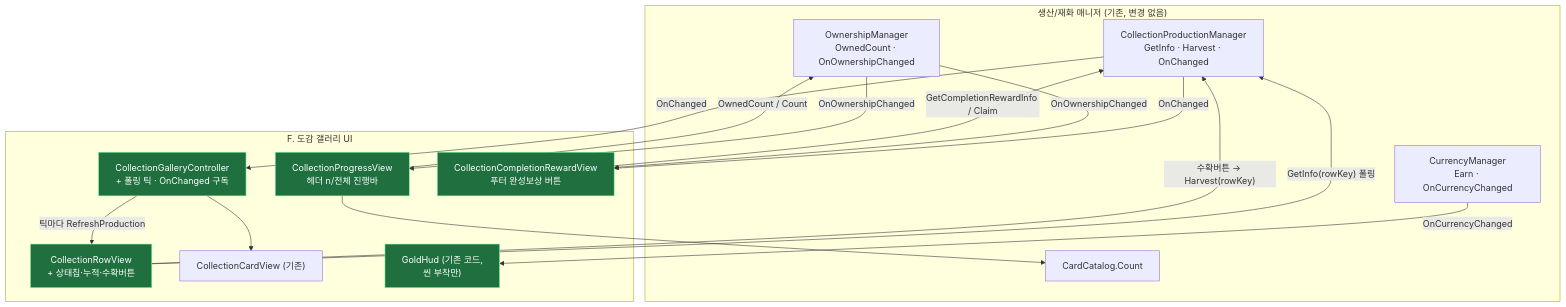
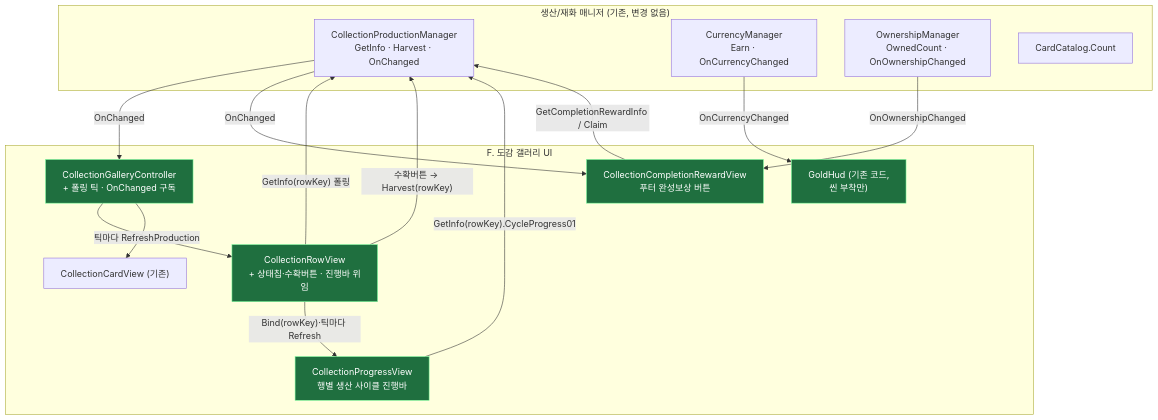
Before and after one commit to hspark-maker/TeamfightTCG_Migriation: the third of 6 diagrams in docs/OutGamePlan/STRUCTURE.md, drawn with Mermaid. The commit also changed other lines of this file and 14 other files, not shown here.

````diff
--- a/docs/OutGamePlan/STRUCTURE.md
+++ b/docs/OutGamePlan/STRUCTURE.md
@@ -133,33 +135,32 @@
 ```mermaid
 flowchart TD
     subgraph mgr["생산/재화 매니저 (기존, 변경 없음)"]
         PROD["CollectionProductionManager<br/>GetInfo · Harvest · OnChanged"]
         CUR["CurrencyManager<br/>Earn · OnCurrencyChanged"]
         OWN["OwnershipManager<br/>OwnedCount · OnOwnershipChanged"]
         CAT["CardCatalog.Count"]
     end
 
     subgraph ui["F. 도감 갤러리 UI"]
         GAL["CollectionGalleryController<br/>+ 폴링 틱 · OnChanged 구독"]:::new
-        RV["CollectionRowView<br/>+ 상태칩·누적·수확버튼"]:::new
+        RV["CollectionRowView<br/>+ 상태칩·수확버튼 · 진행바 위임"]:::new
         CV["CollectionCardView (기존)"]
-        PV["CollectionProgressView<br/>헤더 n/전체 진행바"]:::new
+        PV["CollectionProgressView<br/>행별 생산 사이클 진행바"]:::new
         CR["CollectionCompletionRewardView<br/>푸터 완성보상 버튼"]:::new
         HUD["GoldHud (기존 코드,<br/>씬 부착만)"]:::new
     end
 
     GAL -->|"틱마다 RefreshProduction"| RV
     RV -->|"GetInfo(rowKey) 폴링"| PROD
     RV -->|"수확버튼 → Harvest(rowKey)"| PROD
     PROD -->|"OnChanged"| GAL
     GAL --> CV
-    PV -->|"OwnedCount / Count"| OWN
-    PV --> CAT
-    OWN -->|"OnOwnershipChanged"| PV
+    RV -->|"Bind(rowKey)·틱마다 Refresh"| PV
+    PV -->|"GetInfo(rowKey).CycleProgress01"| PROD
     CR -->|"GetCompletionRewardInfo / Claim"| PROD
     PROD -->|"OnChanged"| CR
     OWN -->|"OnOwnershipChanged"| CR
     CUR -->|"OnCurrencyChanged"| HUD
 
     classDef new fill:#1f6f3f,stroke:#7CFC9E,color:#fff;
 ```
````
